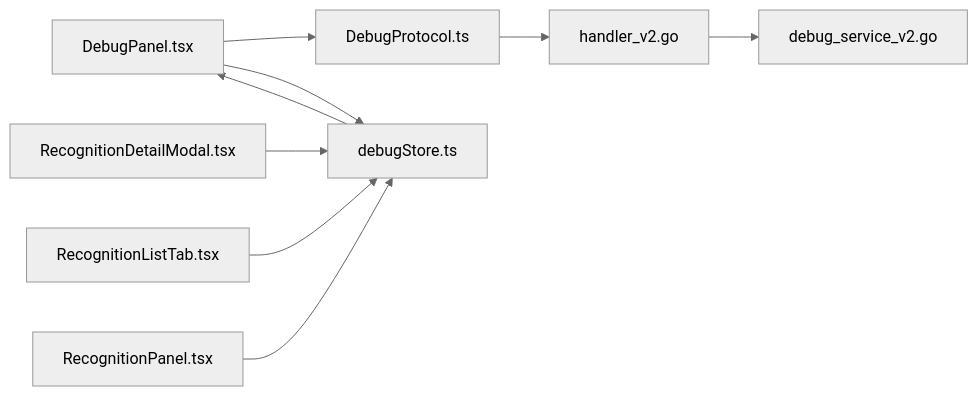
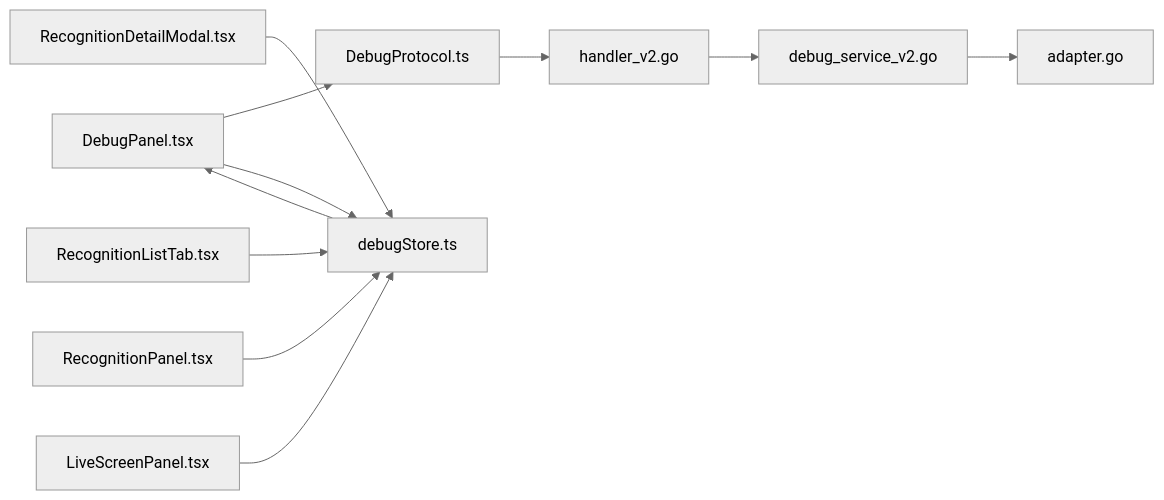
One commit to kqcoxn/MaaPipelineEditor changed the seventh of 7 diagrams in .qoder/repowiki/zh/content/调试与诊断/实时调试.md. Above: the diagram before and after it, drawn with Mermaid (neutral theme). The commit also changed other lines of this file and 19 other files, not shown here.

````diff
--- a/.qoder/repowiki/zh/content/调试与诊断/实时调试.md
+++ b/.qoder/repowiki/zh/content/调试与诊断/实时调试.md
@@ -314,11 +396,13 @@
 ```mermaid
 graph LR
 DP["DebugPanel.tsx"] --> DProto["DebugProtocol.ts"]
 DProto --> DHV2["handler_v2.go"]
 DHV2 --> DSV2["debug_service_v2.go"]
+DSV2 --> ADP["adapter.go"]
 DP --> DS["debugStore.ts"]
 DS --> DP
 RP["RecognitionDetailModal.tsx"] --> DS
 RL["RecognitionListTab.tsx"] --> DS
 RPN["RecognitionPanel.tsx"] --> DS
+LSP["LiveScreenPanel.tsx"] --> DS
 ```
````
